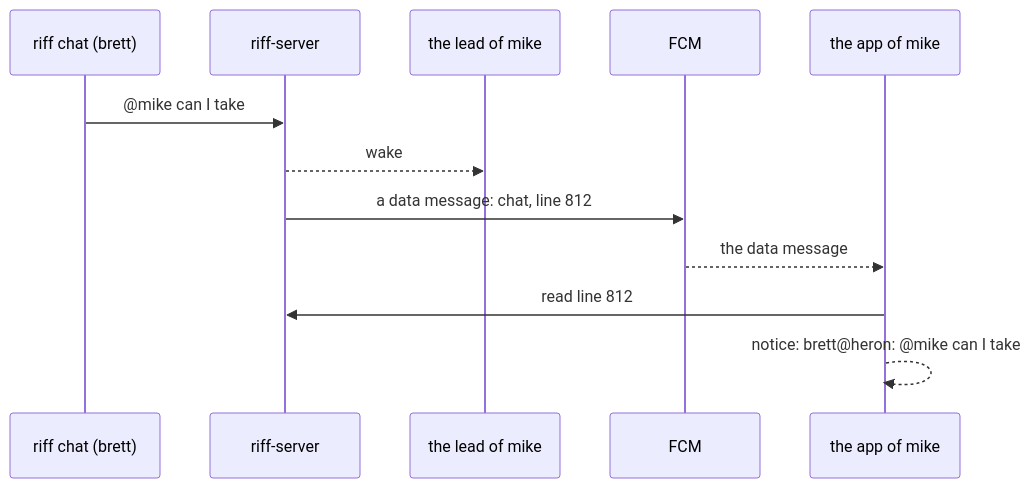
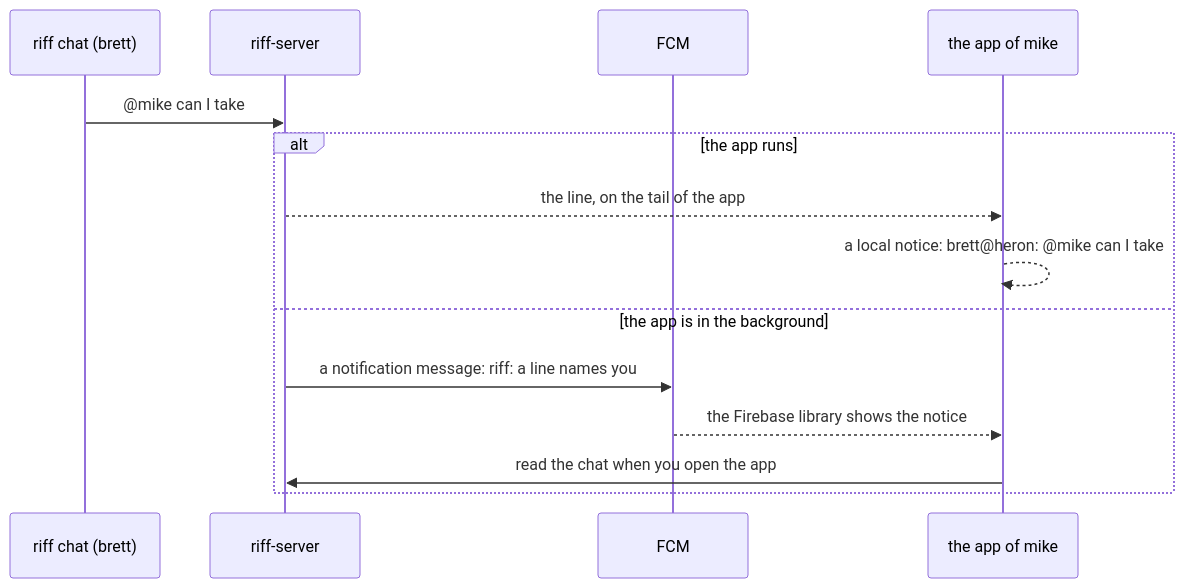
One commit to como-technologies/riff changed the third of 3 diagrams in docs/src/riff-mobile.md. Above: the diagram before and after it, drawn with Mermaid. The commit also changed other lines of this file and 1 other file, not shown here.

First line of the commit message:
Design: riff chat on a phone: a Slint app for Android, all in Rust (#951)

````diff
--- a/docs/src/riff-mobile.md
+++ b/docs/src/riff-mobile.md
@@ -163,14 +187,16 @@
 ```mermaid
 sequenceDiagram
     participant B as riff chat (brett)
     participant S as riff-server
-    participant L as the lead of mike
     participant F as FCM
     participant W as the app of mike
     B->>S: @mike can I take #14? (to user=mike, lead=true)
-    S-->>L: wake
-    S->>F: a data message: chat, line 812
-    F-->>W: the data message
-    W->>S: read line 812
-    W-->>W: notice: brett@heron: @mike can I take #14?
+    alt the app runs
+        S-->>W: the line, on the tail of the app
+        W-->>W: a local notice: brett@heron: @mike can I take #14?
+    else the app is in the background
+        S->>F: a notification message: riff: a line names you
+        F-->>W: the Firebase library shows the notice
+        W->>S: read the chat when you open the app
+    end
 ```
````
